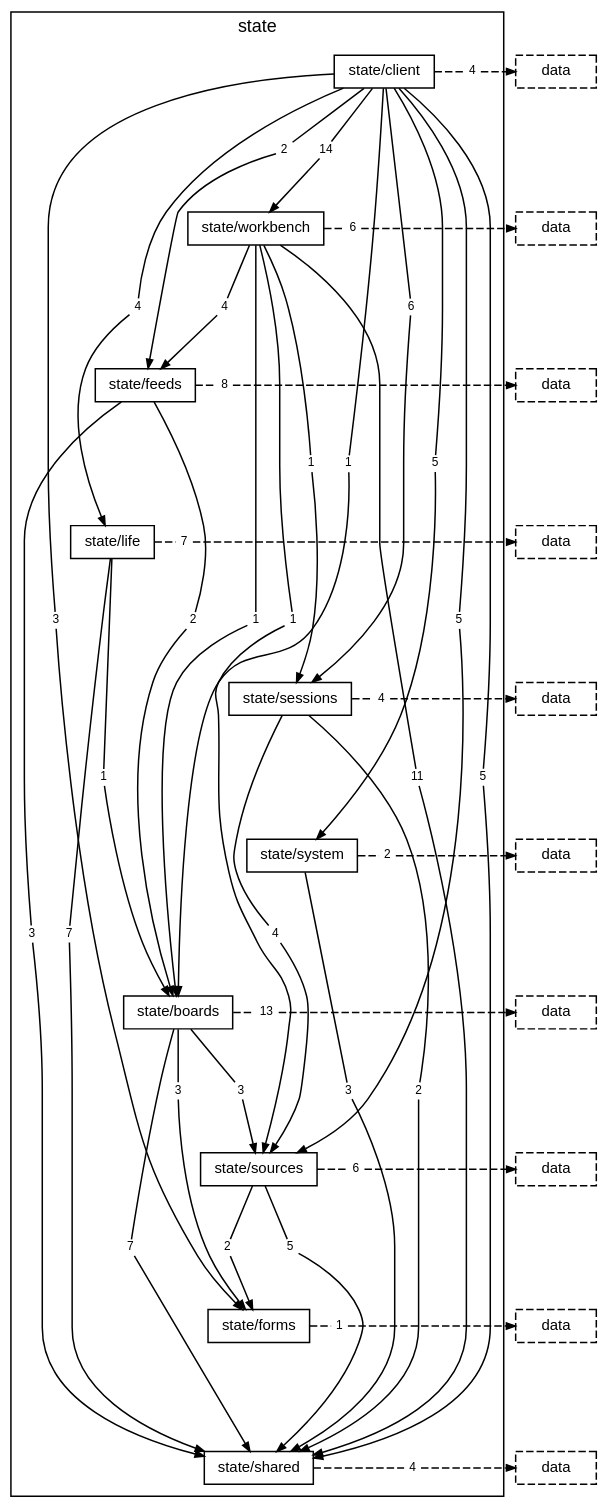
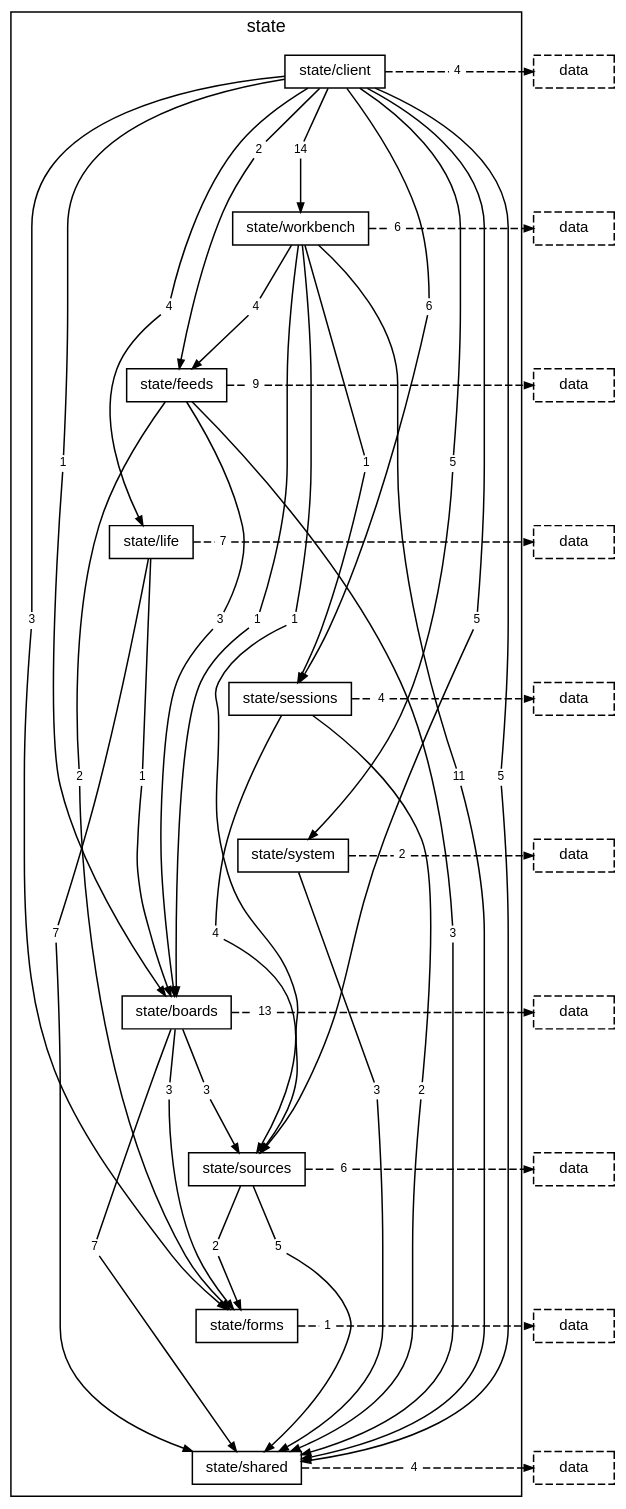
Before and after one commit to TheAxeC/oculus: the diagram in docs/diagrams/layer-state.dot, drawn with Graphviz. The commit also changed 102 other files, not shown here.

```diff
--- a/docs/diagrams/layer-state.dot
+++ b/docs/diagrams/layer-state.dot
@@ -30,9 +30,10 @@
         "folder state/workbench to folder state/shared" [label="11", shape=box, color="transparent", fontsize=8, width=0, height=0, margin="0.04,0.02"];
         "folder state/workbench to folder state/sources" [label="1", shape=box, color="transparent", fontsize=8, width=0, height=0, margin="0.04,0.02"];
         "folder state/workbench to layer data" [label="6", shape=box, color="transparent", fontsize=8, width=0, height=0, margin="0.04,0.02"];
-        "folder state/feeds to folder state/boards" [label="2", shape=box, color="transparent", fontsize=8, width=0, height=0, margin="0.04,0.02"];
+        "folder state/feeds to folder state/boards" [label="3", shape=box, color="transparent", fontsize=8, width=0, height=0, margin="0.04,0.02"];
+        "folder state/feeds to folder state/forms" [label="2", shape=box, color="transparent", fontsize=8, width=0, height=0, margin="0.04,0.02"];
         "folder state/feeds to folder state/shared" [label="3", shape=box, color="transparent", fontsize=8, width=0, height=0, margin="0.04,0.02"];
-        "folder state/feeds to layer data" [label="8", shape=box, color="transparent", fontsize=8, width=0, height=0, margin="0.04,0.02"];
+        "folder state/feeds to layer data" [label="9", shape=box, color="transparent", fontsize=8, width=0, height=0, margin="0.04,0.02"];
         "folder state/life to folder state/boards" [label="1", shape=box, color="transparent", fontsize=8, width=0, height=0, margin="0.04,0.02"];
         "folder state/life to folder state/shared" [label="7", shape=box, color="transparent", fontsize=8, width=0, height=0, margin="0.04,0.02"];
         "folder state/life to layer data" [label="7", shape=box, color="transparent", fontsize=8, width=0, height=0, margin="0.04,0.02"];
@@ -106,6 +107,8 @@
     { rank=same; "folder state/workbench"; "folder state/workbench to layer data"; "layer data from folder state/workbench"; }
     "folder state/feeds" -> "folder state/feeds to folder state/boards" [arrowhead=none, minlen=3, weight=10];
     "folder state/feeds to folder state/boards" -> "folder state/boards" [];
+    "folder state/feeds" -> "folder state/feeds to folder state/forms" [arrowhead=none, minlen=5, weight=10];
+    "folder state/feeds to folder state/forms" -> "folder state/forms" [];
     "folder state/feeds" -> "folder state/feeds to folder state/shared" [arrowhead=none, minlen=7, weight=10];
     "folder state/feeds to folder state/shared" -> "folder state/shared" [];
     "folder state/feeds" -> "folder state/feeds to layer data" [arrowhead=none, style=dashed];
```
